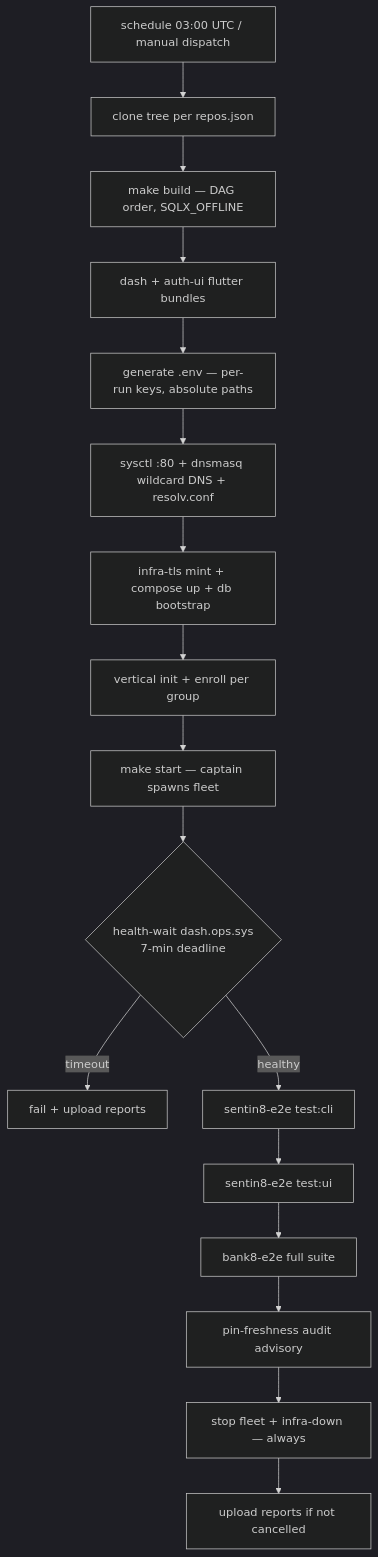
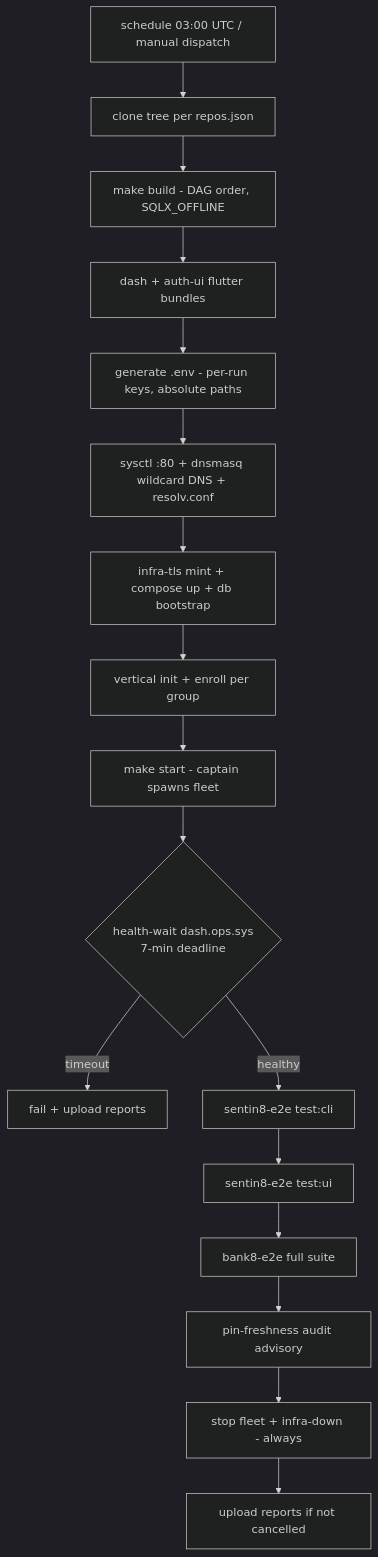
One commit to Sentin8/sentin8-ci changed the fifth of 8 diagrams in DESIGN.md. Above: the diagram before and after it, drawn with Mermaid (dark theme). The commit also changed other lines of this file and 12 other files, not shown here.

````diff
--- a/DESIGN.md
+++ b/DESIGN.md
@@ -141,19 +141,19 @@
 ```mermaid
 flowchart TD
     A[schedule 03:00 UTC / manual dispatch] --> B[clone tree per repos.json]
-    B --> C[make build — DAG order, SQLX_OFFLINE]
+    B --> C[make build - DAG order, SQLX_OFFLINE]
     C --> D[dash + auth-ui flutter bundles]
-    D --> E[generate .env — per-run keys, absolute paths]
+    D --> E[generate .env - per-run keys, absolute paths]
     E --> F[sysctl :80 + dnsmasq wildcard DNS + resolv.conf]
     F --> G[infra-tls mint + compose up + db bootstrap]
     G --> H[vertical init + enroll per group]
-    H --> I[make start — captain spawns fleet]
+    H --> I[make start - captain spawns fleet]
     I --> J{health-wait dash.ops.sys<br/>7-min deadline}
     J -- timeout --> X[fail + upload reports]
     J -- healthy --> K[sentin8-e2e test:cli]
     K --> L[sentin8-e2e test:ui]
     L --> M[bank8-e2e full suite]
     M --> N[pin-freshness audit advisory]
-    N --> O[stop fleet + infra-down — always]
+    N --> O[stop fleet + infra-down - always]
     O --> P[upload reports if not cancelled]
 ```
````
